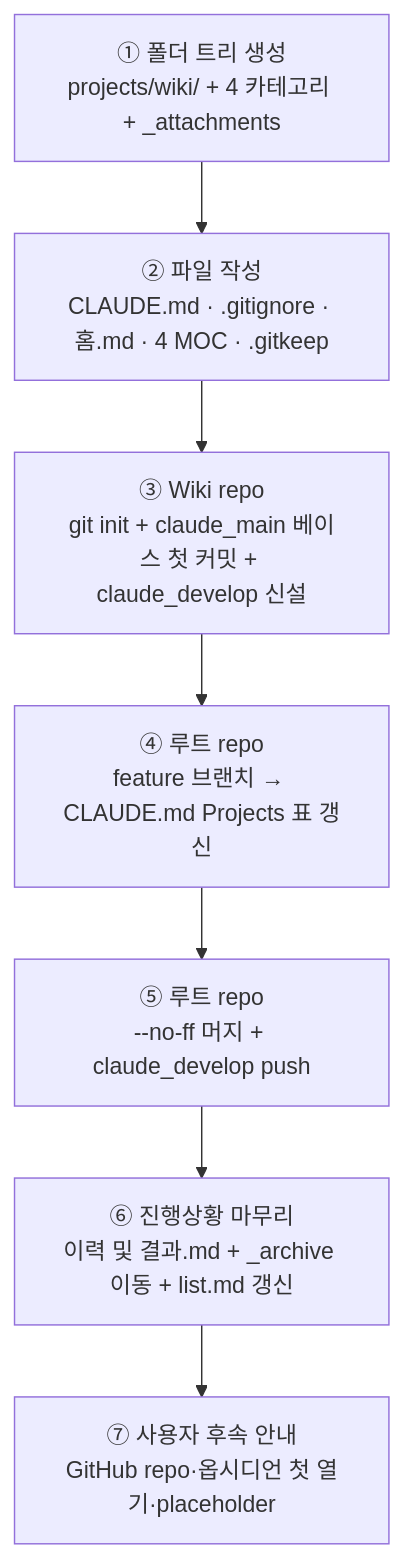
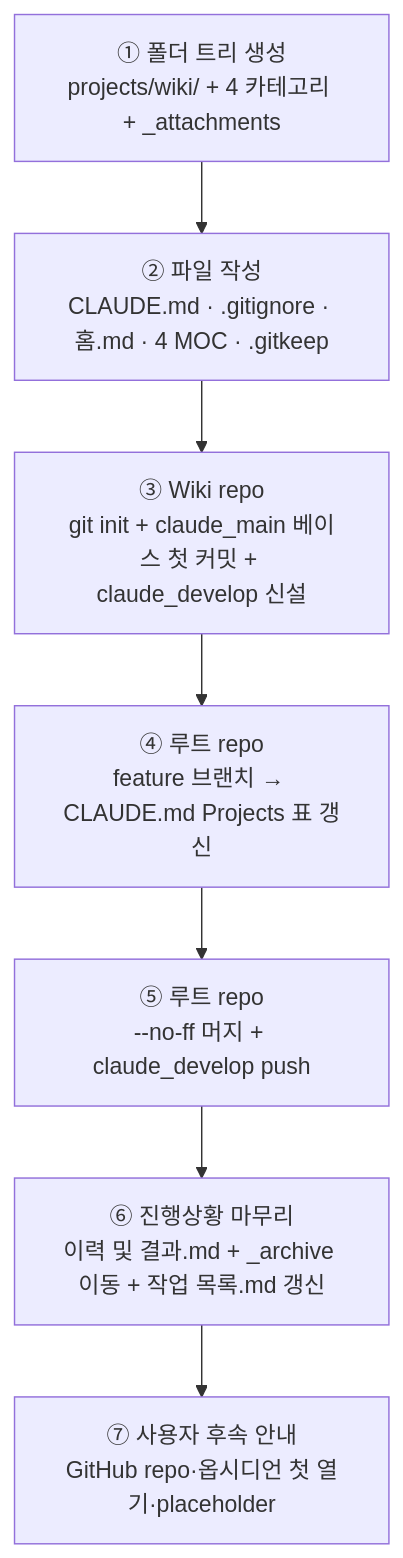
The diagram in docs/tasks/meta/20260427_wiki-bootstrap/계획.md (eskim-todoc/claude), drawn with Mermaid before and after one commit. The commit also changed other lines of this file and 53 other files, not shown here.

````diff
--- a/docs/tasks/meta/20260427_wiki-bootstrap/계획.md
+++ b/docs/tasks/meta/20260427_wiki-bootstrap/계획.md
@@ -15,9 +15,9 @@
 ```mermaid
 flowchart TD
     A["① 폴더 트리 생성<br/>projects/wiki/ + 4 카테고리 + _attachments"] --> B["② 파일 작성<br/>CLAUDE.md · .gitignore · 홈.md · 4 MOC · .gitkeep"]
     B --> C["③ Wiki repo<br/>git init + claude_main 베이스 첫 커밋 + claude_develop 신설"]
     C --> D["④ 루트 repo<br/>feature 브랜치 → CLAUDE.md Projects 표 갱신"]
     D --> E["⑤ 루트 repo<br/>--no-ff 머지 + claude_develop push"]
-    E --> F["⑥ 진행상황 마무리<br/>이력 및 결과.md + _archive 이동 + list.md 갱신"]
+    E --> F["⑥ 진행상황 마무리<br/>이력 및 결과.md + _archive 이동 + 작업 목록.md 갱신"]
     F --> G["⑦ 사용자 후속 안내<br/>GitHub repo·옵시디언 첫 열기·placeholder"]
 ```
````
